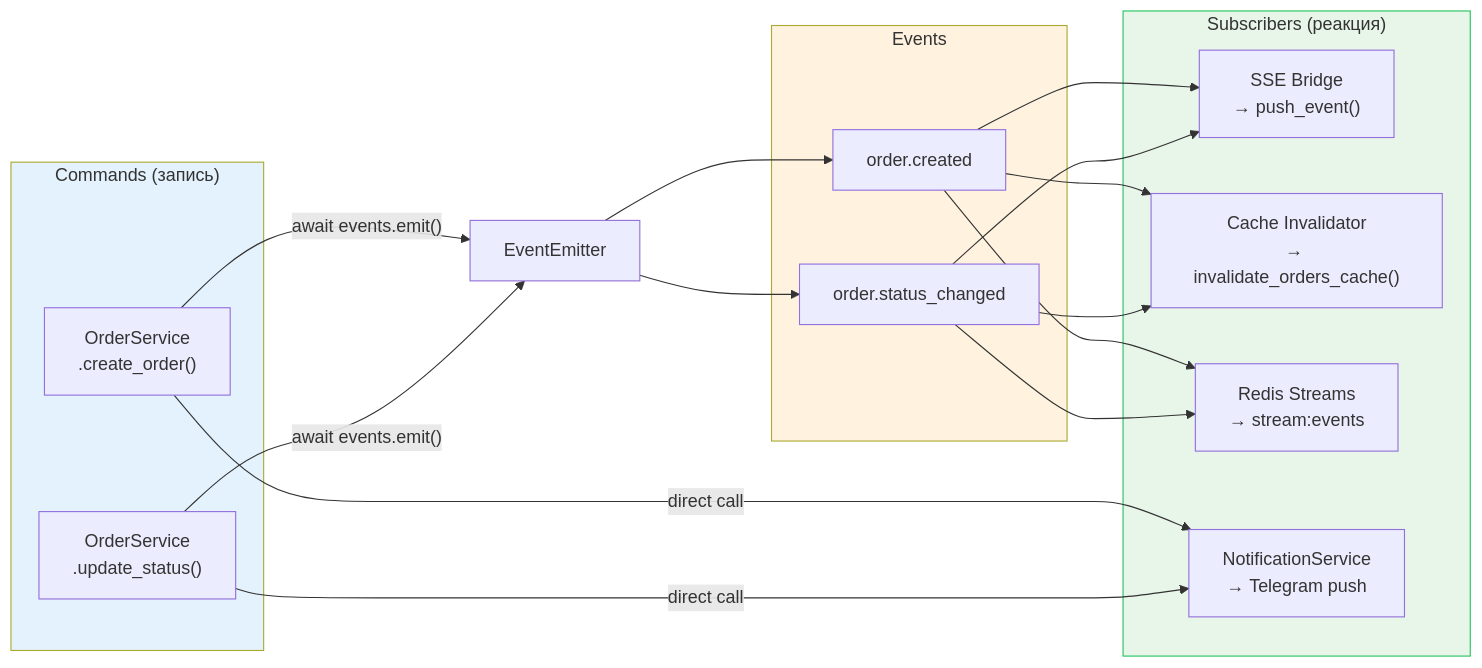
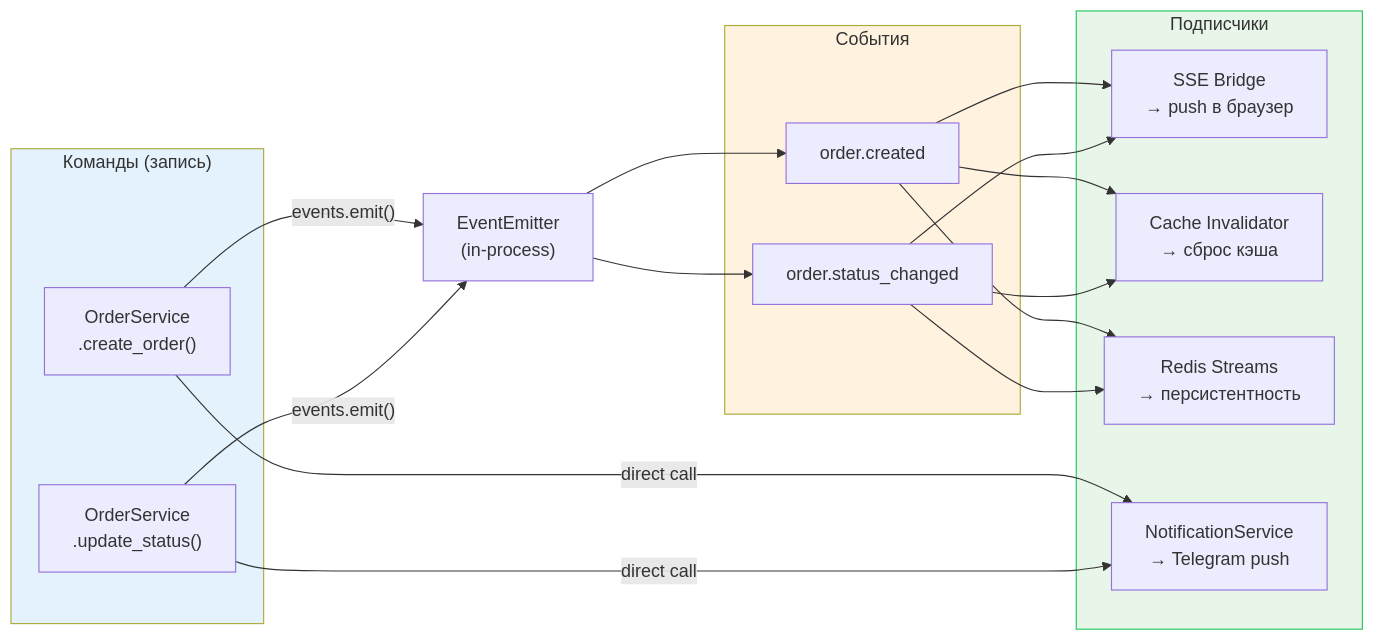
One commit to unidel2035/BEEBOT changed the fourth of 15 diagrams in docs/architecture.md. Above: the diagram before and after it, drawn with Mermaid. The commit also changed other lines of this file, not shown here.

First line of the commit message:
docs: переписать architecture.md под unified process

````diff
--- a/docs/architecture.md
+++ b/docs/architecture.md
@@ -235,32 +245,32 @@
 ```mermaid
 graph LR
-    subgraph WRITE["Commands (запись)"]
+    subgraph WRITE["Команды (запись)"]
         CREATE["OrderService<br/>.create_order()"]
         STATUS["OrderService<br/>.update_status()"]
     end
 
-    EMITTER["EventEmitter"]
+    EMITTER["EventEmitter<br/>(in-process)"]
 
-    subgraph EVENTS["Events"]
+    subgraph EVENTS["События"]
         E1["order.created"]
         E2["order.status_changed"]
     end
 
-    subgraph REACT["Subscribers (реакция)"]
-        SSE["SSE Bridge<br/>→ push_event()"]
-        CACHE["Cache Invalidator<br/>→ invalidate_orders_cache()"]
-        REDIS_PUB["Redis Streams<br/>→ stream:events"]
+    subgraph REACT["Подписчики"]
+        SSE["SSE Bridge<br/>→ push в браузер"]
+        CACHE["Cache Invalidator<br/>→ сброс кэша"]
+        REDIS_PUB["Redis Streams<br/>→ персистентность"]
         TG_NOTIFY["NotificationService<br/>→ Telegram push"]
     end
 
-    CREATE -->|"await events.emit()"| EMITTER
-    STATUS -->|"await events.emit()"| EMITTER
+    CREATE -->|"events.emit()"| EMITTER
+    STATUS -->|"events.emit()"| EMITTER
 
     EMITTER --> E1 & E2
     E1 & E2 --> SSE & CACHE & REDIS_PUB
     CREATE & STATUS -->|"direct call"| TG_NOTIFY
 
     style WRITE fill:#e3f2fd
     style EVENTS fill:#fff3e0
     style REACT fill:#e8f5e9,stroke:#22c55e
 ```
````
